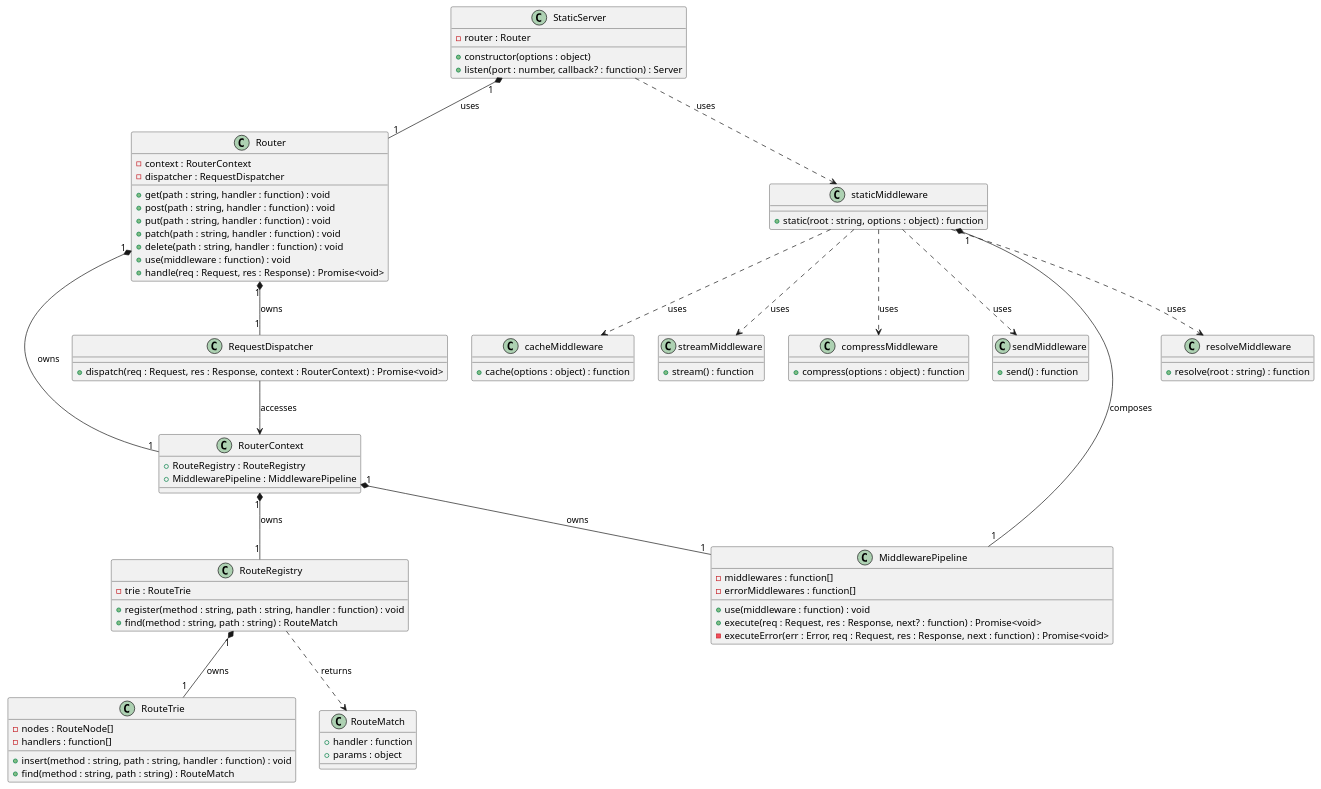
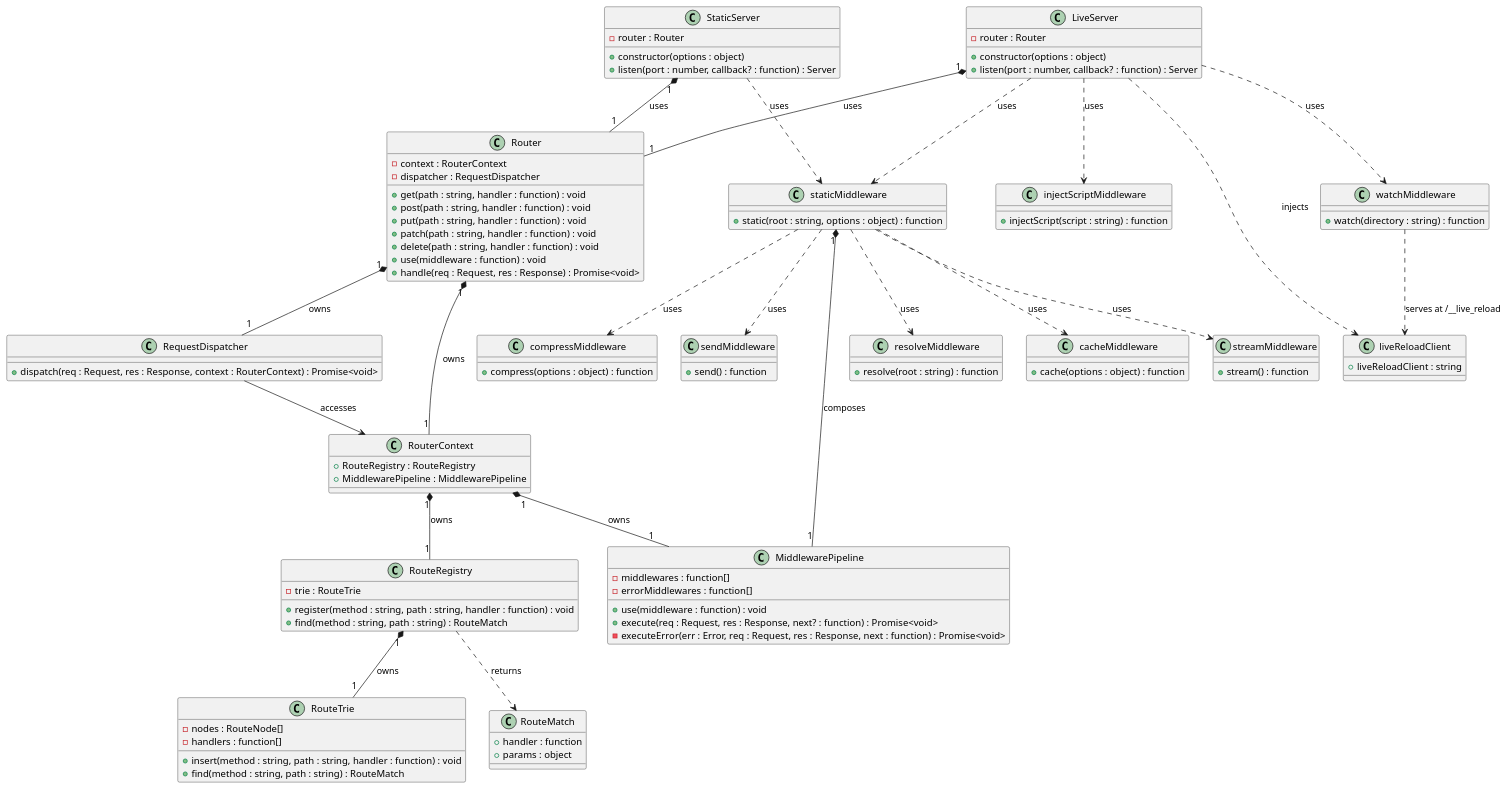
One commit to Ali-Wael-Hassan/duck-node-router changed the diagram in docs/class diagrams/diagram.puml. Above: the diagram before and after it, drawn with PlantUML. The commit also changed 4 other files, not shown here.

Commit message:
Implemented: LiveServer bundling the router with static serving and live reload (watch SSE + injectScript), liveReloadClient. Fixed: . Updated: server exports, README, and class diagram to reflect the LiveServer.

```diff
--- a/docs/class diagrams/diagram.puml
+++ b/docs/class diagrams/diagram.puml
@@ -1,108 +1,137 @@
 @startuml Router
 
 class RouterContext {
     {field} + RouteRegistry : RouteRegistry
     {field} + MiddlewarePipeline : MiddlewarePipeline
 }
 
 class Router {
     {field} - context : RouterContext
     {field} - dispatcher : RequestDispatcher
 
     {method} + get(path : string, handler : function) : void
     {method} + post(path : string, handler : function) : void
     {method} + put(path : string, handler : function) : void
     {method} + patch(path : string, handler : function) : void
     {method} + delete(path : string, handler : function) : void
     {method} + use(middleware : function) : void
     {method} + handle(req : Request, res : Response) : Promise<void>
 }
 
 class MiddlewarePipeline {
     {field} - middlewares : function[]
     {field} - errorMiddlewares : function[]
 
     {method} + use(middleware : function) : void
     {method} + execute(req : Request, res : Response, next? : function) : Promise<void>
     {method} - executeError(err : Error, req : Request, res : Response, next : function) : Promise<void>
 }
 
 class RouteRegistry {
     {field} - trie : RouteTrie
 
     {method} + register(method : string, path : string, handler : function) : void
     {method} + find(method : string, path : string) : RouteMatch
 }
 
 class RouteTrie {
     {field} - nodes : RouteNode[]
     {field} - handlers : function[]
 
     {method} + insert(method : string, path : string, handler : function) : void
     {method} + find(method : string, path : string) : RouteMatch
 }
 
 class RequestDispatcher {
     {method} + dispatch(req : Request, res : Response, context : RouterContext) : Promise<void>
 }
 
 class RouteMatch {
     {field} + handler : function
     {field} + params : object
 }
 
 class StaticServer {
     {field} - router : Router
 
     {method} + constructor(options : object)
     {method} + listen(port : number, callback? : function) : Server
 }
 
+class LiveServer {
+    {field} - router : Router
+
+    {method} + constructor(options : object)
+    {method} + listen(port : number, callback? : function) : Server
+}
+
+class liveReloadClient {
+    {field} + liveReloadClient : string
+}
+
 ' --- static middleware pipeline ---
 
 class staticMiddleware {
     {method} + static(root : string, options : object) : function
 }
 
 class resolveMiddleware {
     {method} + resolve(root : string) : function
 }
 
 class cacheMiddleware {
     {method} + cache(options : object) : function
 }
 
 class streamMiddleware {
     {method} + stream() : function
 }
 
 class compressMiddleware {
     {method} + compress(options : object) : function
 }
 
 class sendMiddleware {
     {method} + send() : function
 }
 
+' --- live reload middleware ---
+
+class watchMiddleware {
+    {method} + watch(directory : string) : function
+}
+
+class injectScriptMiddleware {
+    {method} + injectScript(script : string) : function
+}
+
 Router "1" *-- "1" RouterContext : owns
 Router "1" *-- "1" RequestDispatcher : owns
 
 RouterContext "1" *-- "1" RouteRegistry : owns
 RouterContext "1" *-- "1" MiddlewarePipeline : owns
 
 RouteRegistry "1" *-- "1" RouteTrie : owns
 RouteRegistry ..> RouteMatch : returns
 
 RequestDispatcher --> RouterContext : accesses
 
 StaticServer "1" *-- "1" Router : uses
 StaticServer ..> staticMiddleware : uses
 
+LiveServer "1" *-- "1" Router : uses
+LiveServer ..> staticMiddleware : uses
+LiveServer ..> watchMiddleware : uses
+LiveServer ..> injectScriptMiddleware : uses
+LiveServer ..> liveReloadClient : injects
+
+watchMiddleware ..> liveReloadClient : serves at /__live_reload
+
 staticMiddleware "1" *-- "1" MiddlewarePipeline : composes
 staticMiddleware ..> resolveMiddleware : uses
 staticMiddleware ..> cacheMiddleware : uses
 staticMiddleware ..> streamMiddleware : uses
 staticMiddleware ..> compressMiddleware : uses
 staticMiddleware ..> sendMiddleware : uses
 
 @enduml
```
